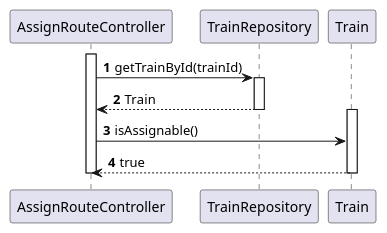
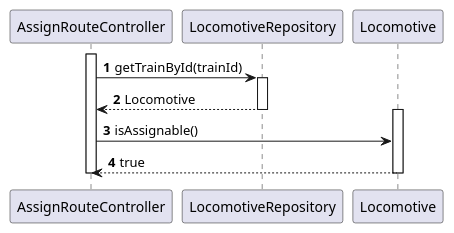
The diagram in docs/system-documentation/US10/03.design/puml/US010-SD-partiial-select-train.puml (Andremonteiro1240850/railway_simulator), drawn with PlantUML before and after one commit. The commit also changed 22 other files, not shown here.

```diff
--- a/docs/system-documentation/US10/03.design/puml/US010-SD-partiial-select-train.puml
+++ b/docs/system-documentation/US10/03.design/puml/US010-SD-partiial-select-train.puml
@@ -1,19 +1,19 @@
 @startuml
 autonumber
 participant AssignRouteController
 activate AssignRouteController
-participant TrainRepository
-participant Train
+participant LocomotiveRepository
+participant Locomotive
 
-AssignRouteController -> TrainRepository : getTrainById(trainId)
-activate TrainRepository
-TrainRepository --> AssignRouteController : Train
-deactivate TrainRepository
-activate Train
+AssignRouteController -> LocomotiveRepository : getTrainById(trainId)
+activate LocomotiveRepository
+LocomotiveRepository --> AssignRouteController : Locomotive
+deactivate LocomotiveRepository
+activate Locomotive
 
-AssignRouteController -> Train : isAssignable()
-Train --> AssignRouteController : true
+AssignRouteController -> Locomotive : isAssignable()
+Locomotive --> AssignRouteController : true
 
-deactivate Train
+deactivate Locomotive
 deactivate AssignRouteController
 @enduml
```
